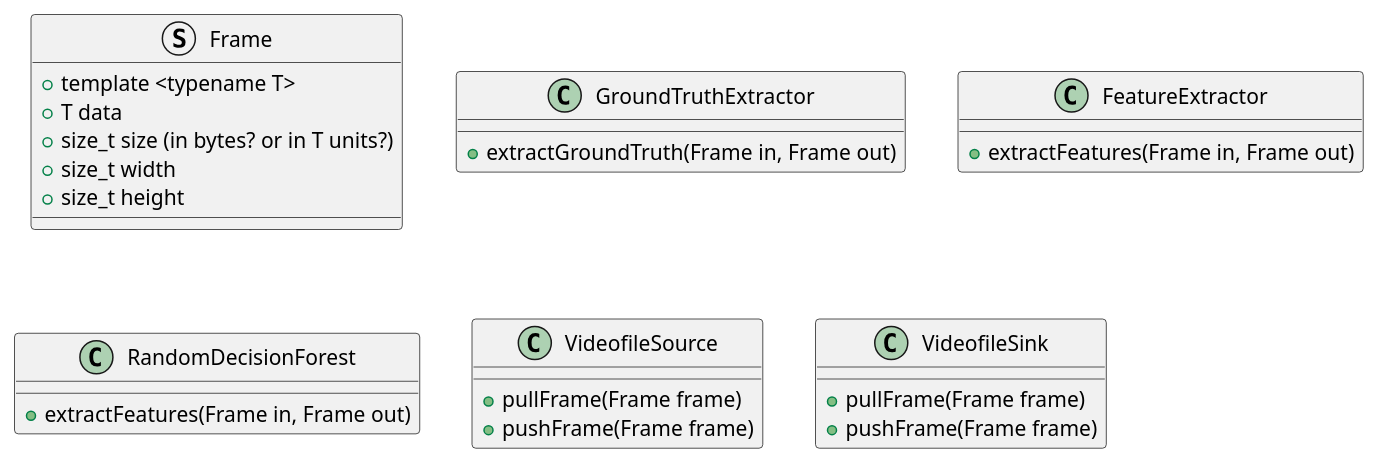
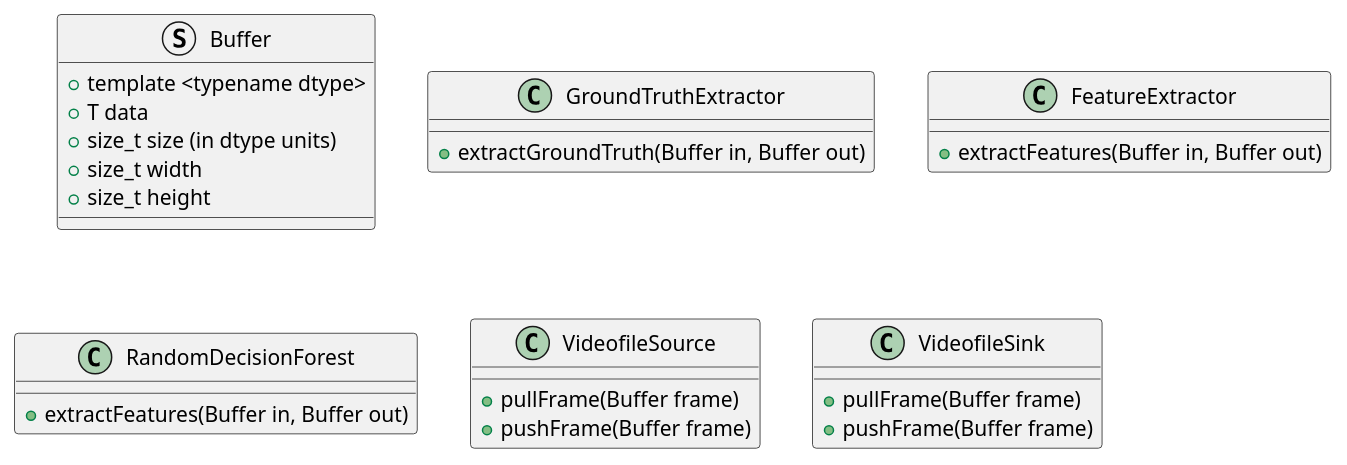
The first of 2 diagrams in docs/design/design.md (franGuindon/ProyectoTFG), drawn with PlantUML before and after one commit. The commit also changed 9 other files, not shown here.

```diff
--- a/docs/design/design.md
+++ b/docs/design/design.md
@@ -3,33 +3,33 @@
 @startuml
 
-struct Frame {
-  + template <typename T>
+struct Buffer {
+  + template <typename dtype>
   + T data
-  {field} + size_t size (in bytes? or in T units?)
+  {field} + size_t size (in dtype units)
   + size_t width
   + size_t height
 }
 
 class GroundTruthExtractor {
-  + extractGroundTruth(Frame in, Frame out)
+  + extractGroundTruth(Buffer in, Buffer out)
 }
 
 class FeatureExtractor {
-  + extractFeatures(Frame in, Frame out)
+  + extractFeatures(Buffer in, Buffer out)
 }
 
 class RandomDecisionForest {
-  + extractFeatures(Frame in, Frame out)
+  + extractFeatures(Buffer in, Buffer out)
 }
 
 class VideofileSource {
-  + pullFrame(Frame frame)
-  + pushFrame(Frame frame)
+  + pullFrame(Buffer frame)
+  + pushFrame(Buffer frame)
 }
 
 class VideofileSink {
-  + pullFrame(Frame frame)
-  + pushFrame(Frame frame)
+  + pullFrame(Buffer frame)
+  + pushFrame(Buffer frame)
 }
 
 @enduml
```
